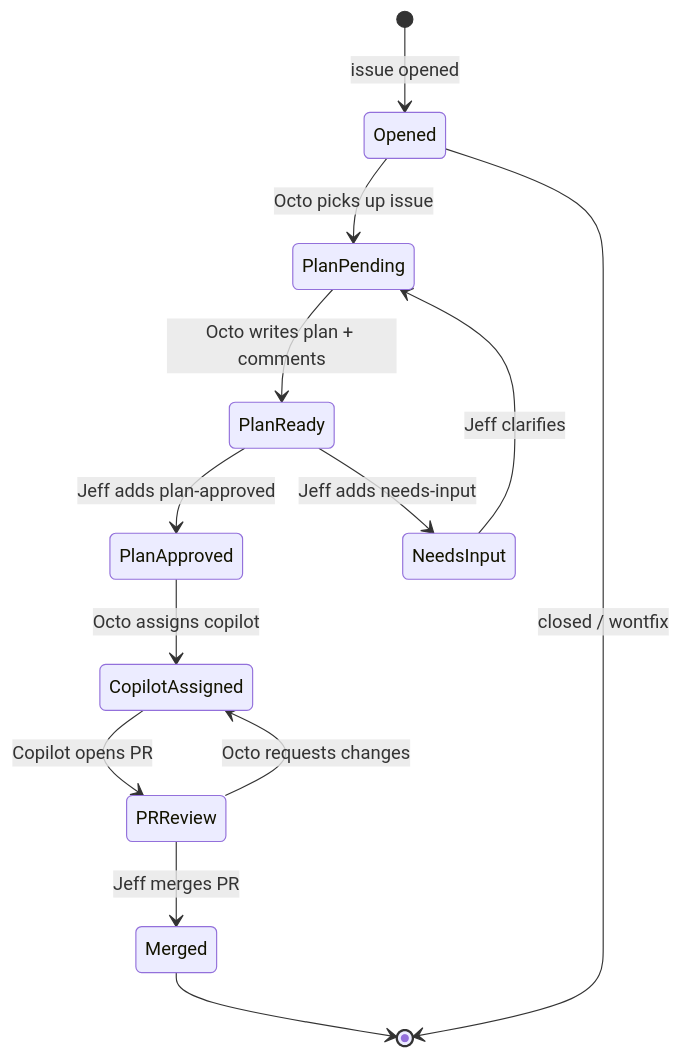
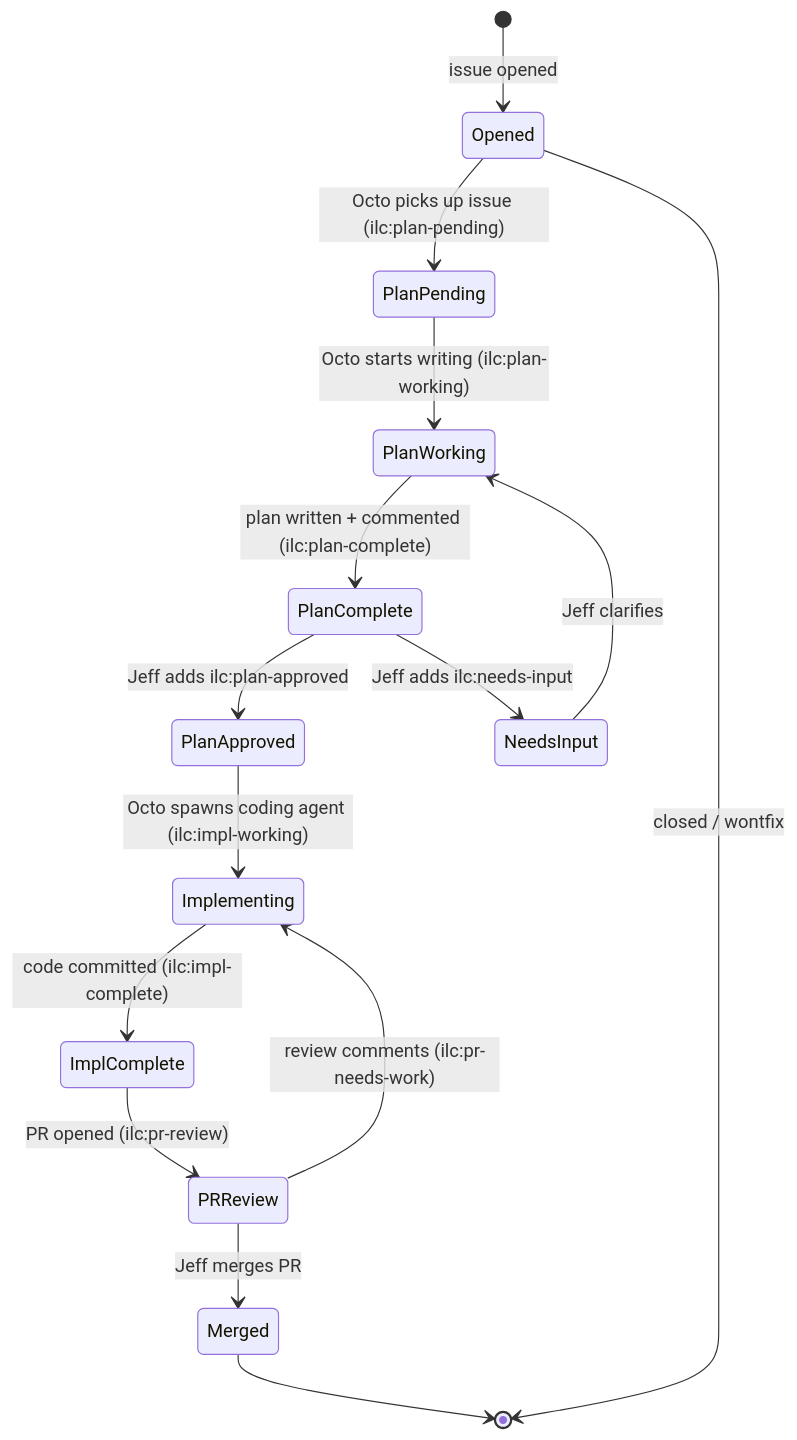
One commit to JeffSteinbok/octo-docs changed the diagram in docs/harness/issue-lifecycle.md. Above: the diagram before and after it, drawn with Mermaid. The commit also changed other lines of this file and 2 other files, not shown here.

````diff
--- a/docs/harness/issue-lifecycle.md
+++ b/docs/harness/issue-lifecycle.md
@@ -23,25 +23,29 @@
 ```mermaid
 stateDiagram-v2
     [*] --> Opened : issue opened
 
-    Opened --> PlanPending : Octo picks up issue
+    Opened --> PlanPending : Octo picks up issue (ilc:plan-pending)
 
-    PlanPending --> PlanReady : Octo writes plan + comments
+    PlanPending --> PlanWorking : Octo starts writing (ilc:plan-working)
 
-    PlanReady --> PlanApproved : Jeff adds plan-approved
+    PlanWorking --> PlanComplete : plan written + commented (ilc:plan-complete)
 
-    PlanReady --> NeedsInput : Jeff adds needs-input
+    PlanComplete --> PlanApproved : Jeff adds ilc:plan-approved
 
-    NeedsInput --> PlanPending : Jeff clarifies
+    PlanComplete --> NeedsInput : Jeff adds ilc:needs-input
 
-    PlanApproved --> CopilotAssigned : Octo assigns copilot
+    NeedsInput --> PlanWorking : Jeff clarifies
 
-    CopilotAssigned --> PRReview : Copilot opens PR
+    PlanApproved --> Implementing : Octo spawns coding agent (ilc:impl-working)
+
+    Implementing --> ImplComplete : code committed (ilc:impl-complete)
+
+    ImplComplete --> PRReview : PR opened (ilc:pr-review)
 
     PRReview --> Merged : Jeff merges PR
 
-    PRReview --> CopilotAssigned : Octo requests changes
+    PRReview --> Implementing : review comments (ilc:pr-needs-work)
 
     Merged --> [*]
     Opened --> [*] : closed / wontfix
 ```
````
